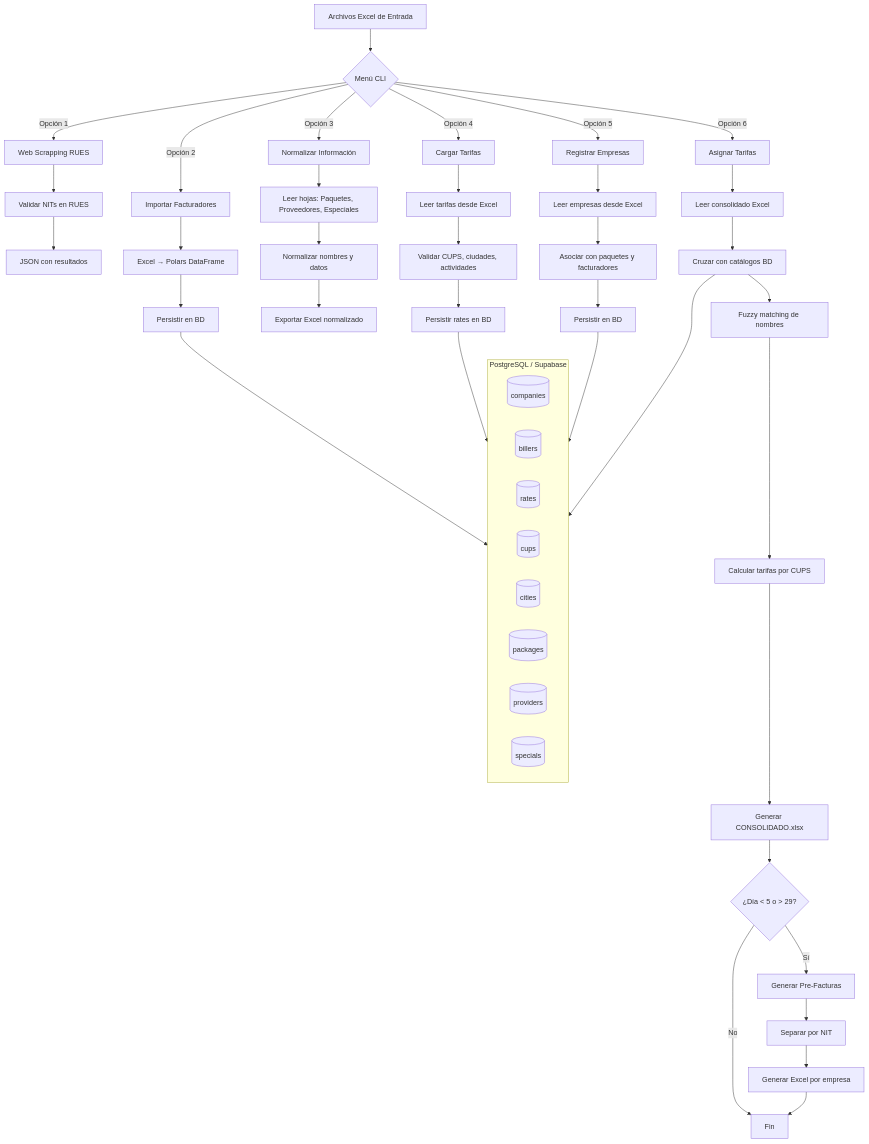
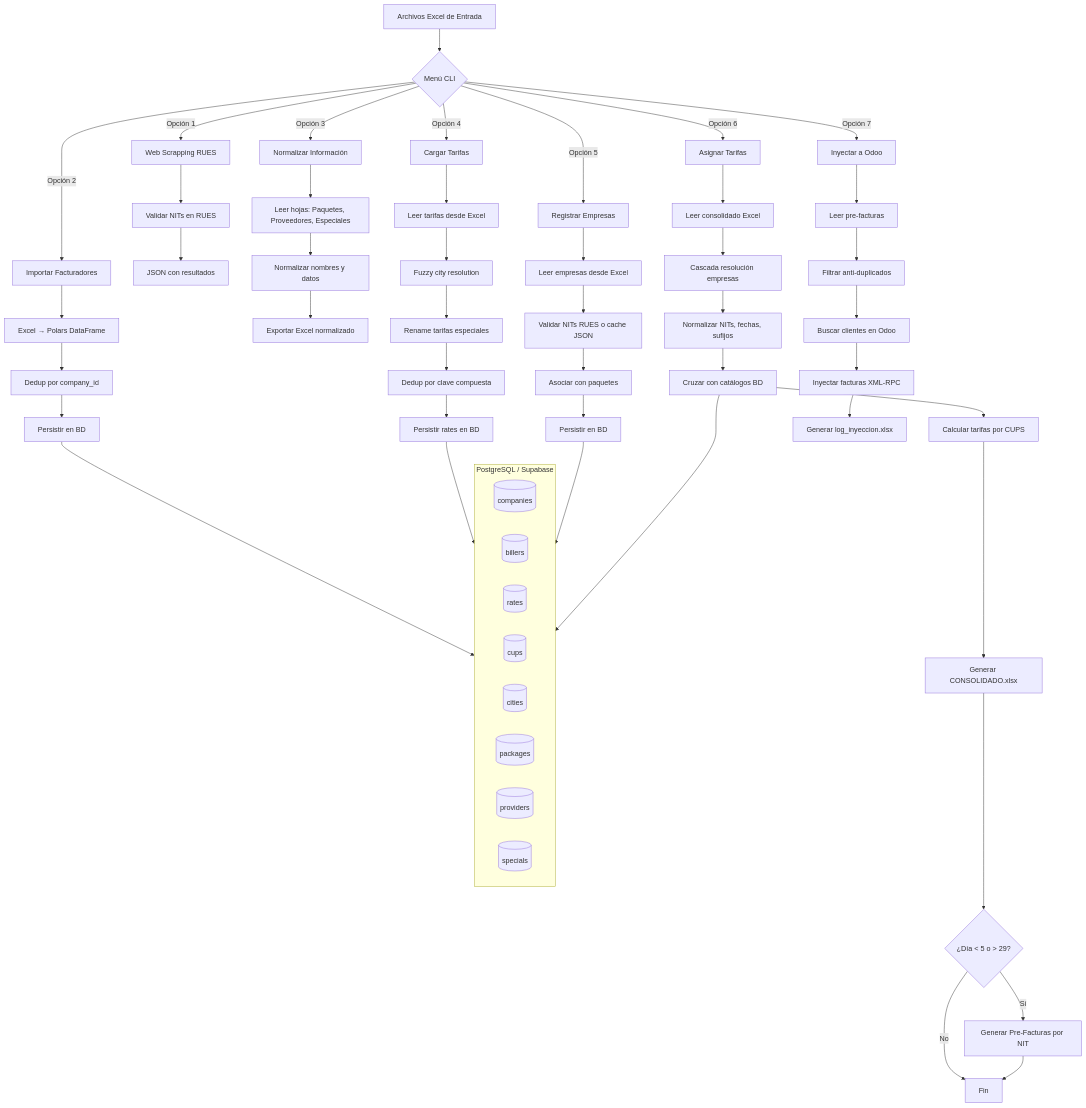
Before and after one commit to santo2409/Facturacion: the ninth of 10 diagrams in docs/c4-diagrams.md, drawn with Mermaid. The commit also changed other lines of this file, not shown here.

First line of the commit message:
docs(c4): add Odoo system, injection flows, cascade diagram

````diff
--- a/docs/c4-diagrams.md
+++ b/docs/c4-diagrams.md
@@ -243,58 +320,68 @@
 ```mermaid
 flowchart TD
     A[Archivos Excel de Entrada] --> B{Menú CLI}
 
     B -->|Opción 1| C[Web Scrapping RUES]
     B -->|Opción 2| D[Importar Facturadores]
     B -->|Opción 3| E[Normalizar Información]
     B -->|Opción 4| F[Cargar Tarifas]
     B -->|Opción 5| G[Registrar Empresas]
     B -->|Opción 6| H[Asignar Tarifas]
+    B -->|Opción 7| K[Inyectar a Odoo]
 
     C --> C1[Validar NITs en RUES]
     C1 --> C2[JSON con resultados]
 
     D --> D1[Excel → Polars DataFrame]
-    D1 --> D2[Persistir en BD]
+    D1 --> D2[Dedup por company_id]
+    D2 --> D3[Persistir en BD]
 
     E --> E1[Leer hojas: Paquetes, Proveedores, Especiales]
     E1 --> E2[Normalizar nombres y datos]
     E2 --> E3[Exportar Excel normalizado]
 
     F --> F1[Leer tarifas desde Excel]
-    F1 --> F2[Validar CUPS, ciudades, actividades]
-    F2 --> F3[Persistir rates en BD]
+    F1 --> F2[Fuzzy city resolution]
+    F2 --> F3[Rename tarifas especiales]
+    F3 --> F4[Dedup por clave compuesta]
+    F4 --> F5[Persistir rates en BD]
 
     G --> G1[Leer empresas desde Excel]
-    G1 --> G2[Asociar con paquetes y facturadores]
-    G2 --> G3[Persistir en BD]
+    G1 --> G2[Validar NITs RUES o cache JSON]
+    G2 --> G3[Asociar con paquetes]
+    G3 --> G4[Persistir en BD]
 
     H --> H1[Leer consolidado Excel]
-    H1 --> H2[Cruzar con catálogos BD]
-    H2 --> H3[Fuzzy matching de nombres]
-    H3 --> H4[Calcular tarifas por CUPS]
-    H4 --> H5[Generar CONSOLIDADO.xlsx]
-    H5 --> H6{¿Día < 5 o > 29?}
-    H6 -->|Sí| I[Generar Pre-Facturas]
-    H6 -->|No| J[Fin]
+    H1 --> H2[Cascada resolución empresas]
+    H2 --> H3[Normalizar NITs, fechas, sufijos]
+    H3 --> H4[Cruzar con catálogos BD]
+    H4 --> H5[Calcular tarifas por CUPS]
+    H5 --> H6[Generar CONSOLIDADO.xlsx]
+    H6 --> H7{¿Día < 5 o > 29?}
+    H7 -->|Sí| I[Generar Pre-Facturas por NIT]
+    H7 -->|No| J[Fin]
 
-    I --> I1[Separar por NIT]
-    I1 --> I2[Generar Excel por empresa]
-    I2 --> J
+    K --> K1[Leer pre-facturas]
+    K1 --> K2[Filtrar anti-duplicados]
+    K2 --> K3[Buscar clientes en Odoo]
+    K3 --> K4[Inyectar facturas XML-RPC]
+    K4 --> K5[Generar log_inyeccion.xlsx]
+
+    I --> J
 
     subgraph BD[PostgreSQL / Supabase]
         DB1[(companies)]
         DB2[(billers)]
         DB3[(rates)]
         DB4[(cups)]
         DB5[(cities)]
         DB6[(packages)]
         DB7[(providers)]
         DB8[(specials)]
     end
 
-    D2 --> BD
-    F3 --> BD
-    G3 --> BD
-    H2 --> BD
+    D3 --> BD
+    F5 --> BD
+    G4 --> BD
+    H4 --> BD
 ```
````
